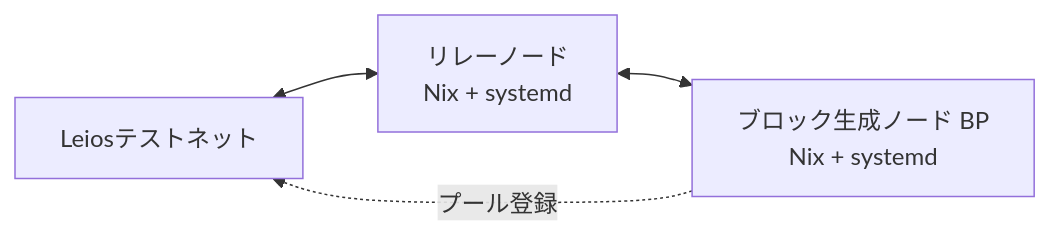
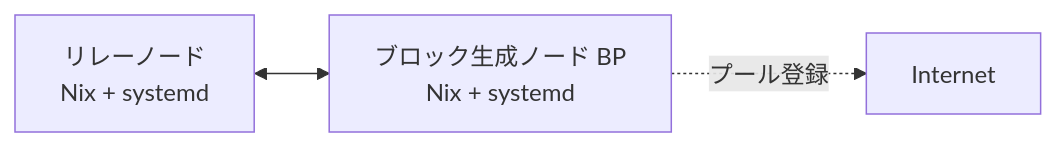
One commit to kuhito-inc/spojapanguild changed the diagram in content/docs/cardano/leios-testnet/index.mdx. Above: the diagram before and after it, drawn with Mermaid. The commit also changed other lines of this file and 4 other files, not shown here.

````diff
--- a/content/docs/cardano/leios-testnet/index.mdx
+++ b/content/docs/cardano/leios-testnet/index.mdx
@@ -61,6 +61,6 @@
 ```mermaid
 graph LR
-    Internet[Leiosテストネット] <--> Relay[リレーノード<br/>Nix + systemd];
+    Relay[リレーノード<br/>Nix + systemd];
     Relay <--> BP[ブロック生成ノード BP<br/>Nix + systemd];
     BP -.プール登録.-> Internet;
 ```
````
